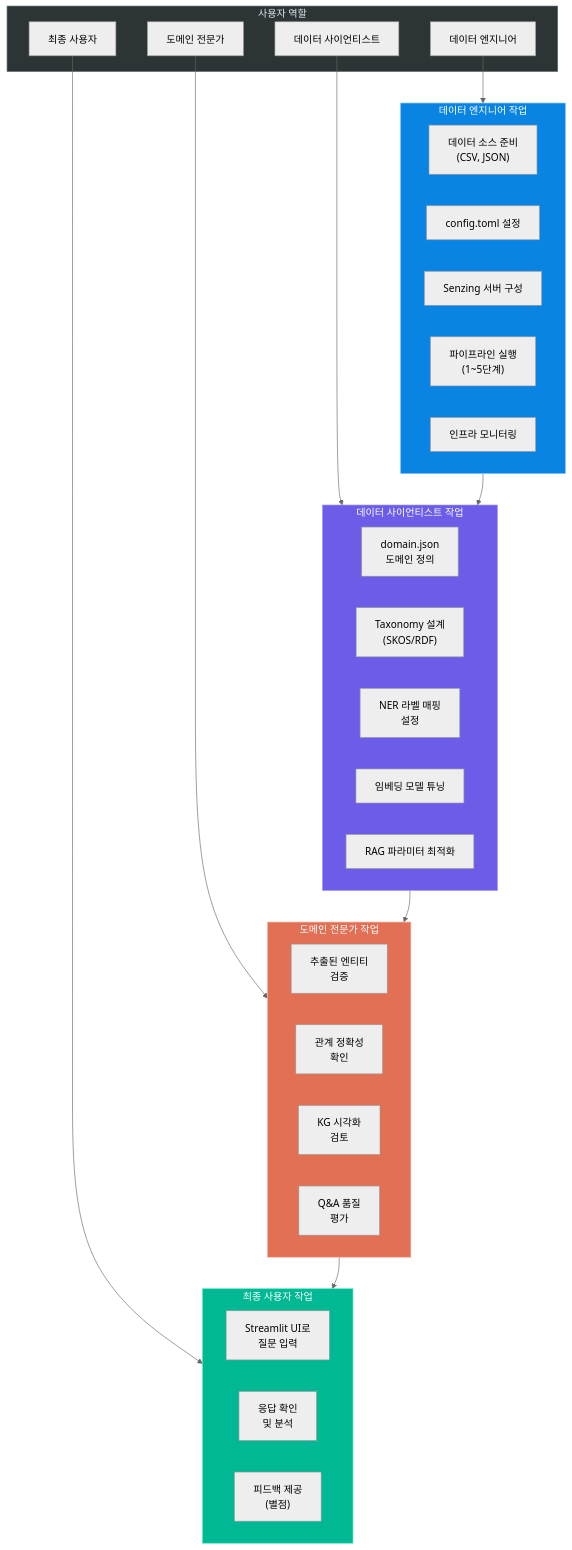
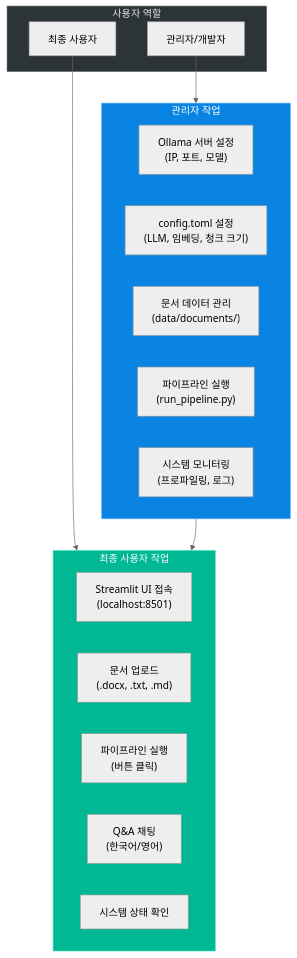
One commit to laurus-kpa007/GraphRAG-Senzing changed the second of 11 diagrams in docs/03_user_and_data_workflow.md. Above: the diagram before and after it, drawn with Mermaid (neutral theme). The commit also changed other lines of this file and 4 other files, not shown here.

````diff
--- a/docs/03_user_and_data_workflow.md
+++ b/docs/03_user_and_data_workflow.md
@@ -37,53 +36,32 @@
 ```mermaid
 graph TB
     subgraph ROLES["사용자 역할"]
-        DE["데이터 엔지니어"]
-        DS["데이터 사이언티스트"]
-        DM["도메인 전문가"]
+        ADMIN["관리자/개발자"]
         EU["최종 사용자"]
     end
 
-    subgraph DE_TASKS["데이터 엔지니어 작업"]
-        DE1["데이터 소스 준비\n(CSV, JSON)"]
-        DE2["config.toml 설정"]
-        DE3["Senzing 서버 구성"]
-        DE4["파이프라인 실행\n(1~5단계)"]
-        DE5["인프라 모니터링"]
-    end
-
-    subgraph DS_TASKS["데이터 사이언티스트 작업"]
-        DS1["domain.json\n도메인 정의"]
-        DS2["Taxonomy 설계\n(SKOS/RDF)"]
-        DS3["NER 라벨 매핑\n설정"]
-        DS4["임베딩 모델 튜닝"]
-        DS5["RAG 파라미터 최적화"]
-    end
-
-    subgraph DM_TASKS["도메인 전문가 작업"]
-        DM1["추출된 엔티티\n검증"]
-        DM2["관계 정확성\n확인"]
-        DM3["KG 시각화\n검토"]
-        DM4["Q&A 품질\n평가"]
+    subgraph ADMIN_TASKS["관리자 작업"]
+        A1["Ollama 서버 설정\n(IP, 포트, 모델)"]
+        A2["config.toml 설정\n(LLM, 임베딩, 청크 크기)"]
+        A3["문서 데이터 관리\n(data/documents/)"]
+        A4["파이프라인 실행\n(run_pipeline.py)"]
+        A5["시스템 모니터링\n(프로파일링, 로그)"]
     end
 
     subgraph EU_TASKS["최종 사용자 작업"]
-        EU1["Streamlit UI로\n질문 입력"]
-        EU2["응답 확인\n및 분석"]
-        EU3["피드백 제공\n(별점)"]
+        E1["Streamlit UI 접속\n(localhost:8501)"]
+        E2["문서 업로드\n(.docx, .txt, .md)"]
+        E3["파이프라인 실행\n(버튼 클릭)"]
+        E4["Q&A 채팅\n(한국어/영어)"]
+        E5["시스템 상태 확인"]
     end
 
-    DE --> DE_TASKS
-    DS --> DS_TASKS
-    DM --> DM_TASKS
+    ADMIN --> ADMIN_TASKS
     EU --> EU_TASKS
 
-    DE_TASKS --> DS_TASKS
-    DS_TASKS --> DM_TASKS
-    DM_TASKS --> EU_TASKS
+    ADMIN_TASKS --> EU_TASKS
 
     style ROLES fill:#2d3436,stroke:#636e72,color:#dfe6e9
-    style DE_TASKS fill:#0984e3,stroke:#74b9ff,color:#fff
-    style DS_TASKS fill:#6c5ce7,stroke:#a29bfe,color:#fff
-    style DM_TASKS fill:#e17055,stroke:#fab1a0,color:#fff
+    style ADMIN_TASKS fill:#0984e3,stroke:#74b9ff,color:#fff
     style EU_TASKS fill:#00b894,stroke:#55efc4,color:#fff
 ```
````
